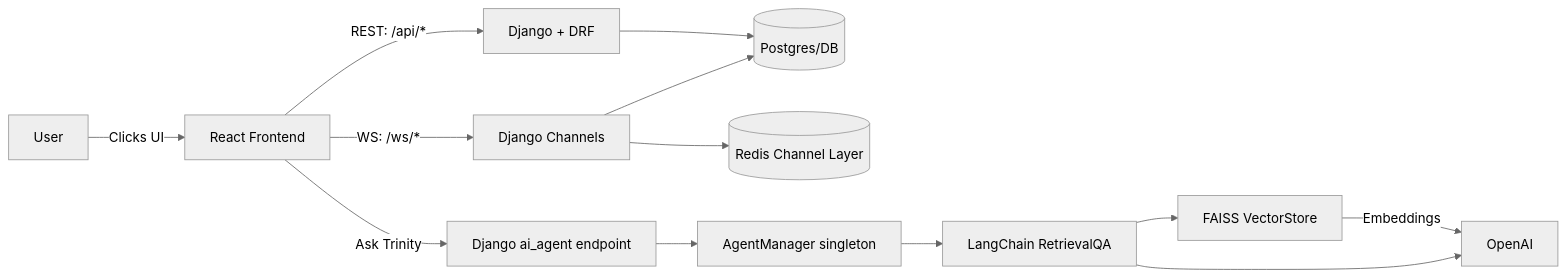
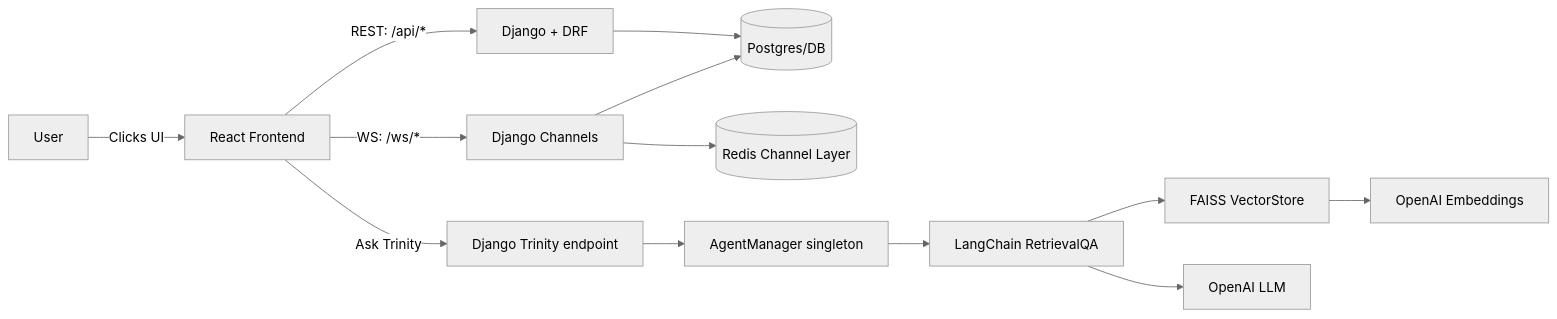
Before and after one commit to anthonynarine/tic_tac_toe: the first of 9 diagrams in README.MD, drawn with Mermaid (neutral theme). The commit also changed other lines of this file, not shown here.

````diff
--- a/README.MD
+++ b/README.MD
@@ -63,15 +77,16 @@
 ```mermaid
 flowchart LR
   U[User] -->|Clicks UI| FE[React Frontend]
   FE -->|REST: /api/*| BE[Django + DRF]
   FE -->|WS: /ws/*| WS[Django Channels]
   BE --> DB[(Postgres/DB)]
   WS --> RL[(Redis Channel Layer)]
   WS --> DB
-  FE -->|Ask Trinity| AIAPI[Django ai_agent endpoint]
+
+  FE -->|Ask Trinity| AIAPI[Django Trinity endpoint]
   AIAPI --> AM[AgentManager singleton]
   AM --> RQA[LangChain RetrievalQA]
   RQA --> VS[FAISS VectorStore]
-  VS -->|Embeddings| OA[OpenAI]
-  RQA --> OA
+  VS --> OA[OpenAI Embeddings]
+  RQA --> OL[OpenAI LLM]
 ```
````
